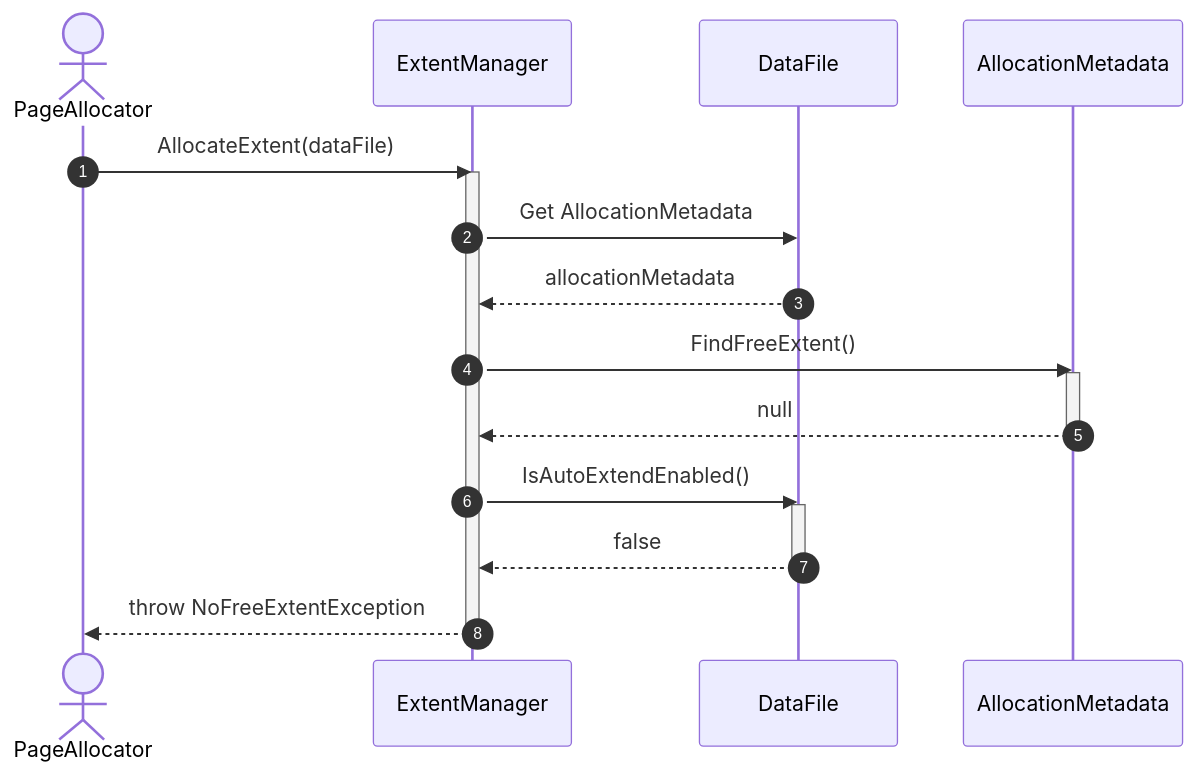
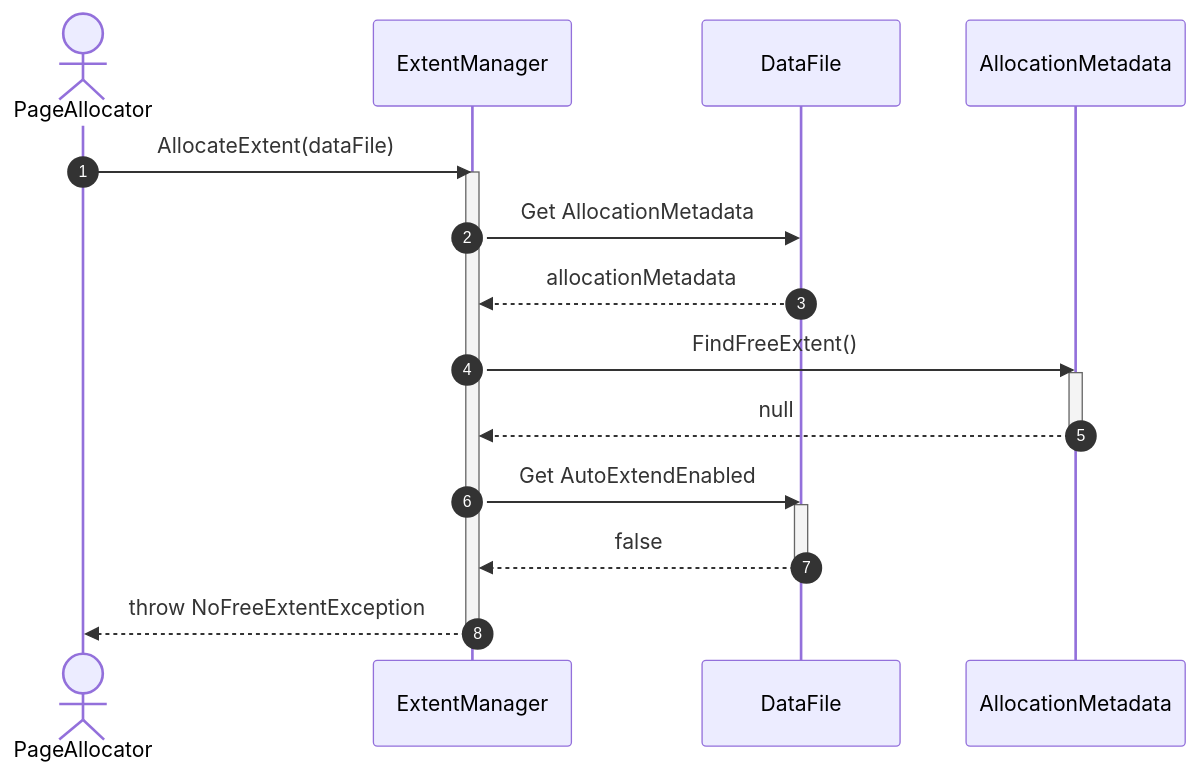
One commit to manaxpow/DBMS changed the third of 6 diagrams in docs/diagrams/sequence-diagrams/storage-engine/file-management/extent-management/allocate-extent.md. Above: the diagram before and after it, drawn with Mermaid. The commit also changed other lines of this file and 98 other files, not shown here.

````diff
--- a/docs/diagrams/sequence-diagrams/storage-engine/file-management/extent-management/allocate-extent.md
+++ b/docs/diagrams/sequence-diagrams/storage-engine/file-management/extent-management/allocate-extent.md
@@ -158,28 +172,28 @@
 ```mermaid
 sequenceDiagram
     autonumber
 
     actor PA as PageAllocator
     participant EM as ExtentManager
     participant DF as DataFile
     participant AM as AllocationMetadata
 
     PA->>EM: AllocateExtent(dataFile)
     activate EM
 
     EM->>DF: Get AllocationMetadata
     DF-->>EM: allocationMetadata
 
     EM->>AM: FindFreeExtent()
     activate AM
     AM-->>EM: null
     deactivate AM
 
-    EM->>DF: IsAutoExtendEnabled()
+    EM->>DF: Get AutoExtendEnabled
     activate DF
     DF-->>EM: false
     deactivate DF
 
     EM-->>PA: throw NoFreeExtentException
     deactivate EM
 ```
````
